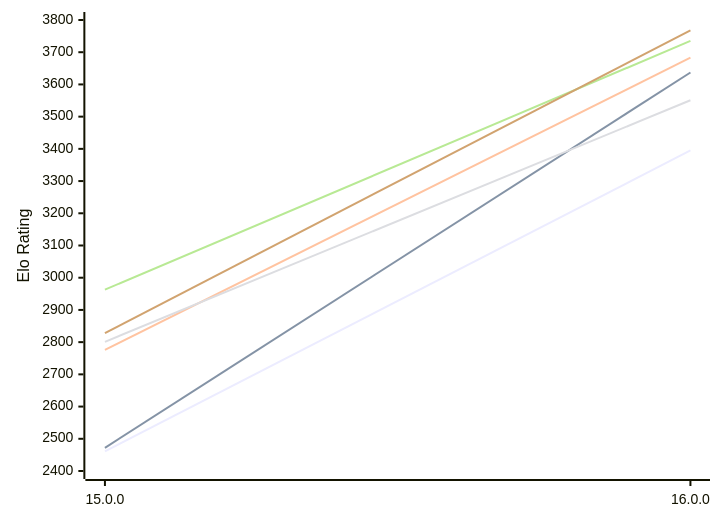
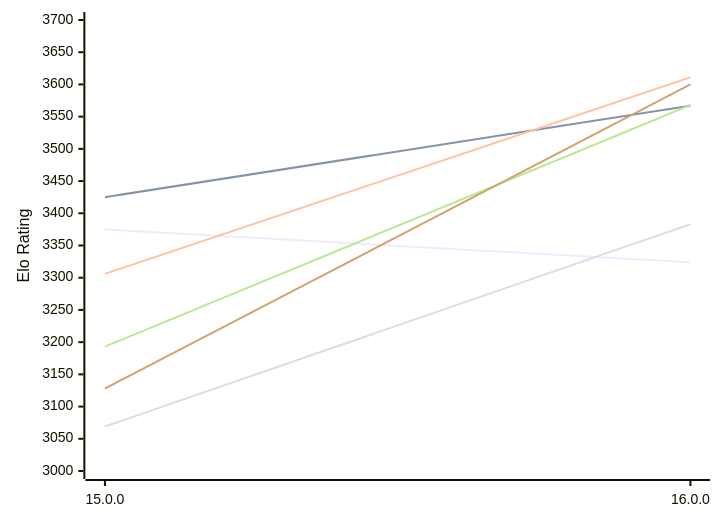
Before and after one commit to computer-chess-index/cci: the first of 2 diagrams in engines/Halogen.md, drawn with Mermaid. The commit also changed other lines of this file, not shown here.

Commit message:
Update CCI Ratings (ELO VLTC) - 2026-11-13

````diff
--- a/engines/Halogen.md
+++ b/engines/Halogen.md
@@ -50,12 +50,12 @@
 ```mermaid
 %%{init: {"theme":"base","themeVariables":{"seriesColors:['#a3a3a3','#222221','#faa371']}}}%%
 xychart-beta
   x-axis ["15.0.0", "16.0.0"]
-  y-axis "Elo Rating" 2400 --> 3800
-  line "E1: STC (8.0+0.08s)" [2461, 3395]
-  line "E1: LTC (60.0+0.60s)" [2472, 3637]
-  line "E1: VLTC (2m24s+1.12s)" [2776, 3683]
-  line "P1: STC (8.0+0.08s)" [2801, 3551]
-  line "P1: LTC (60.0+0.60s)" [2963, 3735]
-  line "P1: VLTC (2m24s+1.12s)" [2828, 3768]
+  y-axis "Elo Rating" 3000 --> 3700
+  line "E1: STC (8.0+0.08s)" [3375, 3324]
+  line "E1: LTC (60.0+0.60s)" [3425, 3567]
+  line "E1: VLTC (2m24s+1.12s)" [3306, 3611]
+  line "P1: STC (8.0+0.08s)" [3069, 3383]
+  line "P1: LTC (60.0+0.60s)" [3193, 3568]
+  line "P1: VLTC (2m24s+1.12s)" [3128, 3600]
 ```
````
